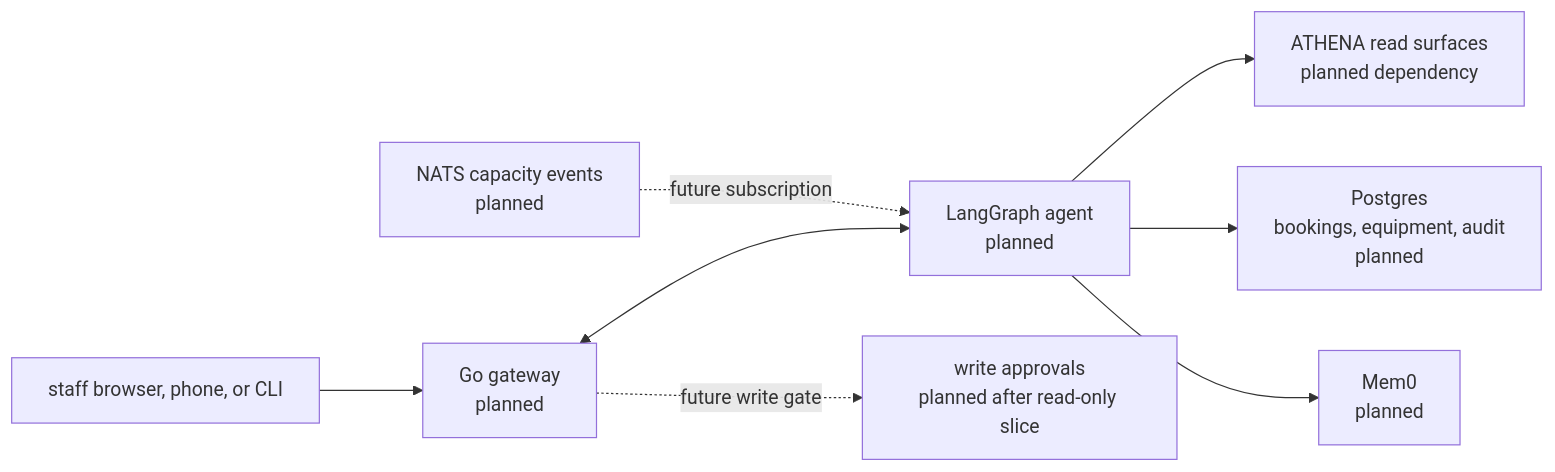
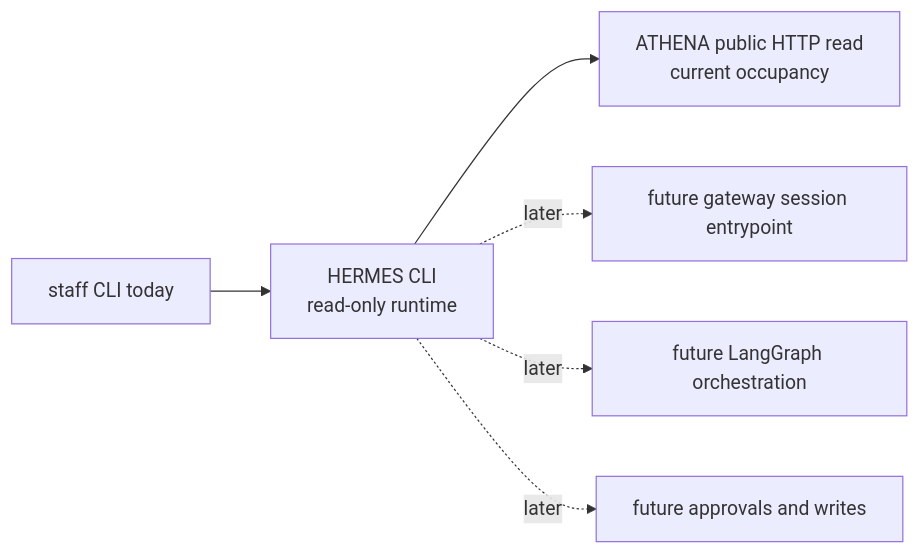
The diagram in docs/diagrams/hermes-read-only-ops.mmd (ixxet/hermes), drawn with Mermaid before and after one commit. The commit also changed 3 other files, not shown here.

Commit message:
docs: recast hermes as a narrow real runtime

```diff
--- a/docs/diagrams/hermes-read-only-ops.mmd
+++ b/docs/diagrams/hermes-read-only-ops.mmd
@@ -1,17 +1,12 @@
 flowchart LR
-  staff["staff browser, phone, or CLI"]
-  gateway["Go gateway<br/>planned"]
-  agent["LangGraph agent<br/>planned"]
-  athena["ATHENA read surfaces<br/>planned dependency"]
-  db["Postgres<br/>bookings, equipment, audit<br/>planned"]
-  mem["Mem0<br/>planned"]
-  nats["NATS capacity events<br/>planned"]
-  approval["write approvals<br/>planned after read-only slice"]
+  staff["staff CLI today"]
+  hermes["HERMES CLI<br/>read-only runtime"]
+  athena["ATHENA public HTTP read<br/>current occupancy"]
+  gateway["future gateway session entrypoint"]
+  agent["future LangGraph orchestration"]
+  writes["future approvals and writes"]
 
-  staff --> gateway
-  gateway <--> agent
-  agent --> athena
-  agent --> db
-  agent --> mem
-  nats -. future subscription .-> agent
-  gateway -. future write gate .-> approval
+  staff --> hermes --> athena
+  hermes -. later .-> gateway
+  hermes -. later .-> agent
+  hermes -. later .-> writes
```
